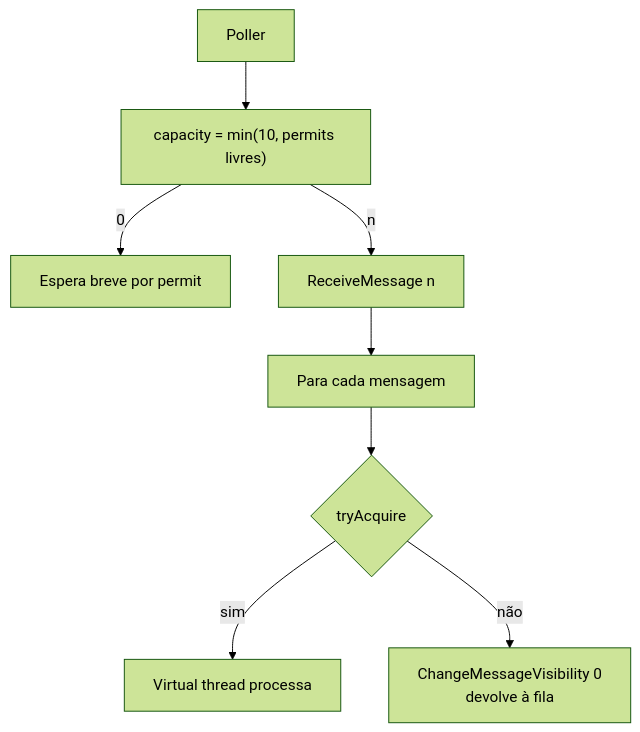
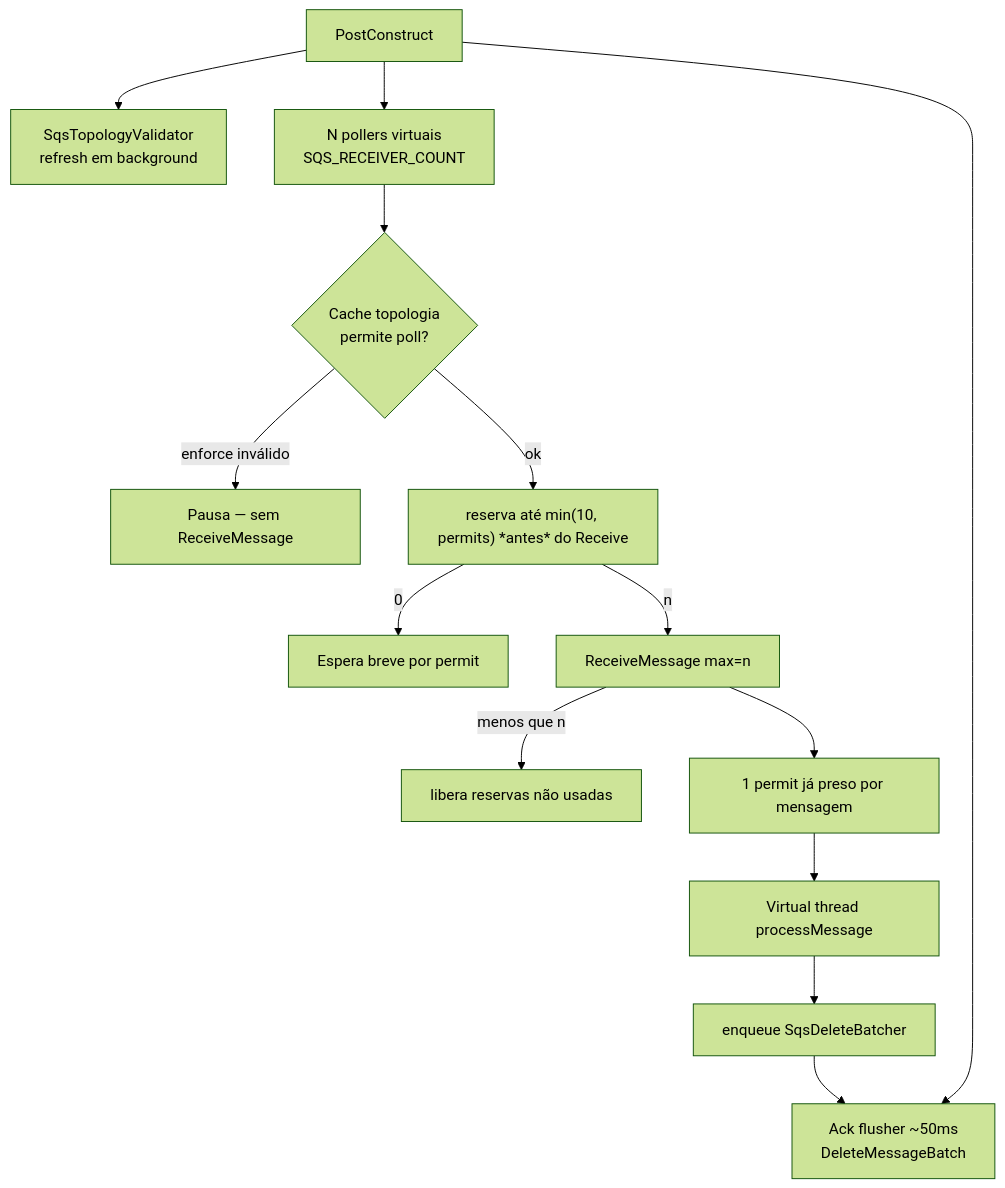
One commit to lordssa/banking-account-balance-service changed the seventh of 8 diagrams in docs/fluxos-principais.md. Above: the diagram before and after it, drawn with Mermaid (forest theme). The commit also changed other lines of this file and 85 other files, not shown here.

````diff
--- a/docs/fluxos-principais.md
+++ b/docs/fluxos-principais.md
@@ -144,10 +166,16 @@
 ```mermaid
 flowchart TD
-  P[Poller] --> Cap["capacity = min(10, permits livres)"]
+  Start[PostConstruct] --> Topo[SqsTopologyValidator<br/>refresh em background]
+  Start --> Rec["N pollers virtuais<br/>SQS_RECEIVER_COUNT"]
+  Start --> Flush["Ack flusher ~50ms<br/>DeleteMessageBatch"]
+  Rec --> Gate{Cache topologia<br/>permite poll?}
+  Gate -->|enforce inválido| Pause[Pausa — sem ReceiveMessage]
+  Gate -->|ok| Cap["reserva até min(10, permits) *antes* do Receive"]
   Cap -->|0| Wait[Espera breve por permit]
-  Cap -->|n| R[ReceiveMessage n]
-  R --> Loop[Para cada mensagem]
-  Loop --> Acq{tryAcquire}
-  Acq -->|sim| VT[Virtual thread processa]
-  Acq -->|não| Vis["ChangeMessageVisibility 0<br/>devolve à fila"]
+  Cap -->|n| R["ReceiveMessage max=n"]
+  R -->|menos que n| Rel[libera reservas não usadas]
+  R --> Loop[1 permit já preso por mensagem]
+  Loop --> VT[Virtual thread processMessage]
+  VT --> Batch[enqueue SqsDeleteBatcher]
+  Batch --> Flush
 ```
````
